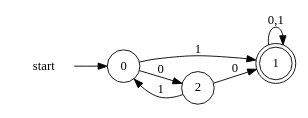
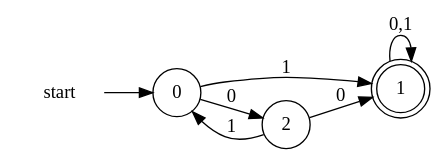
Before and after one commit to meisam/cse-osu-pages: the diagram in ~fathi/cse625fall11/hw3-q1-a.gv, drawn with Graphviz. The commit also changed 1 other file, not shown here.

Commit message:
updated fig fir CSE625 HW3 Q1 part a

```diff
--- a/~fathi/cse625fall11/hw3-q1-a.gv
+++ b/~fathi/cse625fall11/hw3-q1-a.gv
@@ -1,13 +1,12 @@
 digraph finite_state_machine {
 	rankdir=LR;
-	size="3,3";
 	node [color = white]; start;
 	node [color = black, shape = doublecircle]; 1;
 	node [color = black, shape = circle];
 	start -> 0;
 	0 -> 1 [ label = "1" ];
 	0 -> 2 [ label = "0" ];
 	1 -> 1 [ label = "0,1" ];
 	2 -> 0 [ label = "1" ];
 	2 -> 1 [ label = "0" ];
 }
```
